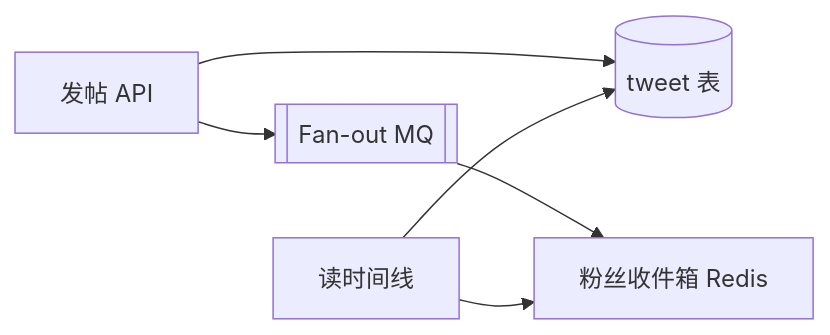
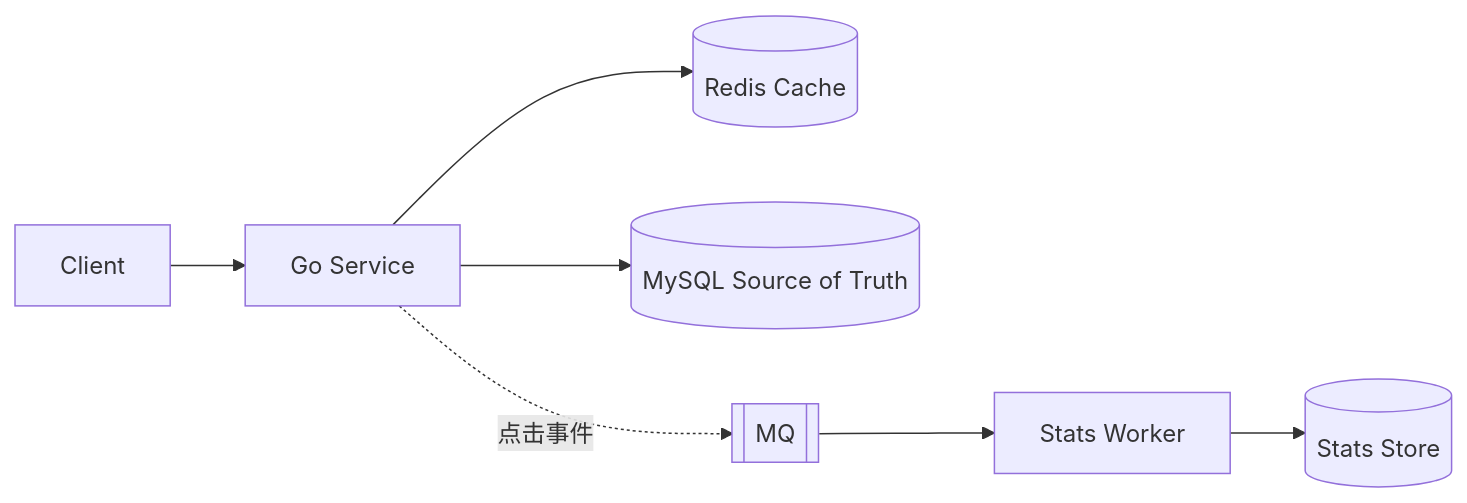
One commit to moqix26/study changed the fifth of 5 diagrams in 后端学习/系统设计/01-系统设计方法论与面试框架.md. Above: the diagram before and after it, drawn with Mermaid. The commit also changed other lines of this file and 202 other files, not shown here.

````diff
--- a/后端学习/系统设计/01-系统设计方法论与面试框架.md
+++ b/后端学习/系统设计/01-系统设计方法论与面试框架.md
@@ -660,8 +328,9 @@
 ```mermaid
 flowchart LR
-    POST[发帖 API] --> DB[(tweet 表)]
-    POST --> MQ[[Fan-out MQ]]
-    MQ --> INBOX[粉丝收件箱 Redis]
-    GET[读时间线] --> INBOX
-    GET --> DB
+    C[Client] --> A[Go Service]
+    A --> R[(Redis Cache)]
+    A --> D[(MySQL Source of Truth)]
+    A -.点击事件.-> Q[[MQ]]
+    Q --> S[Stats Worker]
+    S --> SD[(Stats Store)]
 ```
````
